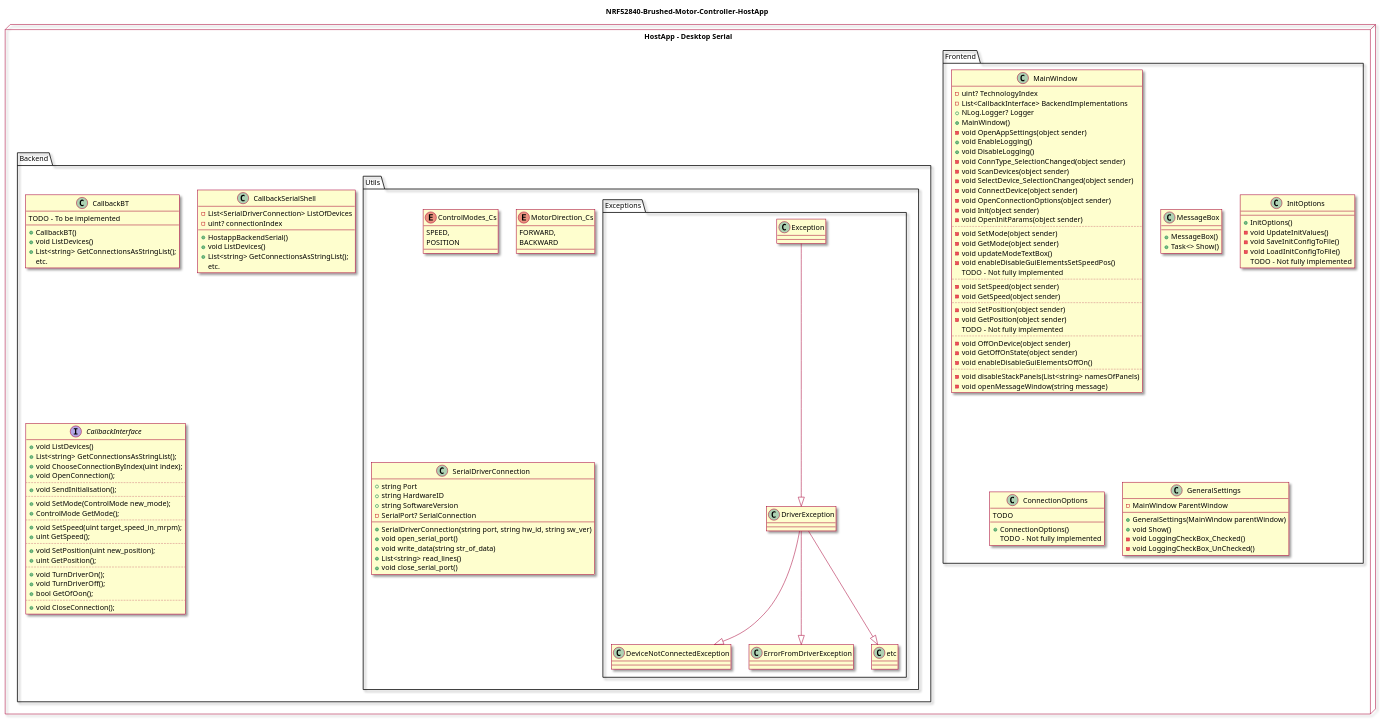
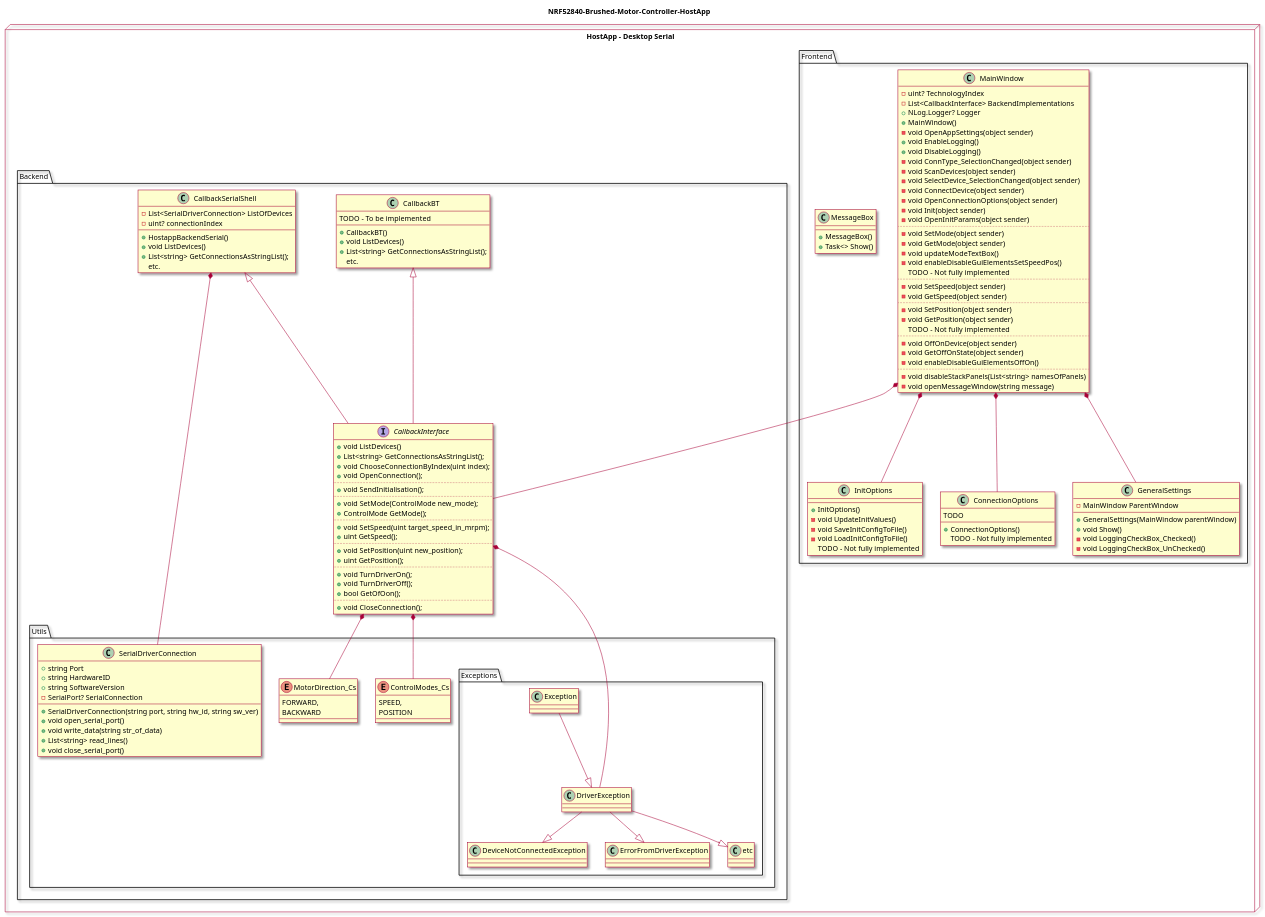
The diagram in docs/architecture.wsd (eSqadron/NRF52840-Brushed-Motor-Controller-HostApp), drawn with PlantUML before and after one commit.

```diff
--- a/docs/architecture.wsd
+++ b/docs/architecture.wsd
@@ -1,164 +1,177 @@
 @startuml Brushed-Motor-Controller-Hostapp
 allow_mixing
 skin rose
 
   title NRF52840-Brushed-Motor-Controller-HostApp
 
   node "HostApp - Desktop Serial" {
-  package Frontend{
+  package Frontend {
     class MainWindow {
       - uint? TechnologyIndex
       - List<CallbackInterface> BackendImplementations
       + NLog.Logger? Logger
       + MainWindow()
       - void OpenAppSettings(object sender)
       + void EnableLogging()
       + void DisableLogging()
       - void ConnType_SelectionChanged(object sender)
       - void ScanDevices(object sender)
       - void SelectDevice_SelectionChanged(object sender)
       - void ConnectDevice(object sender)
       - void OpenConnectionOptions(object sender)
       - void Init(object sender)
       - void OpenInitParams(object sender)
       ..
       - void SetMode(object sender)
       - void GetMode(object sender)
       - void updateModeTextBox()
       - void enableDisableGuiElementsSetSpeedPos()
       {method} TODO - Not fully implemented
       ..
       - void SetSpeed(object sender)
       - void GetSpeed(object sender)
       ..
       - void SetPosition(object sender)
       - void GetPosition(object sender)
       {method} TODO - Not fully implemented
       ..
       - void OffOnDevice(object sender)
       - void GetOffOnState(object sender)
       - void enableDisableGuiElementsOffOn()
       ..
       - void disableStackPanels(List<string> namesOfPanels)
       - void openMessageWindow(string message)
     }
 
     class MessageBox {
       + MessageBox()
       + Task<> Show()
     }
 
     class InitOptions {
       + InitOptions()
       - void UpdateInitValues()
       - void SaveInitConfigToFile()
       - void LoadInitConfigToFile()
       {method} TODO - Not fully implemented
     }
 
     class ConnectionOptions {
       +ConnectionOptions()
       TODO
       {method} TODO - Not fully implemented
     }
 
     class GeneralSettings {
       - MainWindow ParentWindow
       + GeneralSettings(MainWindow parentWindow)
       + void Show()
       - void LoggingCheckBox_Checked()
       - void LoggingCheckBox_UnChecked()
     }
   }
 
   package Backend{
     class CallbackBT {
       TODO - To be implemented
       + CallbackBT()
       + void ListDevices()
       + List<string> GetConnectionsAsStringList();
        {method} etc.
     }
 
     class CallbackSerialShell {
       - List<SerialDriverConnection> ListOfDevices
       - uint? connectionIndex
       + HostappBackendSerial()
       + void ListDevices()
       + List<string> GetConnectionsAsStringList();
        {method} etc.
     }
 
     Interface CallbackInterface {
       + void ListDevices()
       + List<string> GetConnectionsAsStringList();
       + void ChooseConnectionByIndex(uint index);
       + void OpenConnection();
       ..
       + void SendInitialisation();
       ..
       + void SetMode(ControlMode new_mode);
       + ControlMode GetMode();
       ..
       + void SetSpeed(uint target_speed_in_mrpm);
       + uint GetSpeed();
       ..
       + void SetPosition(uint new_position);
       + uint GetPosition();
       ..
       + void TurnDriverOn();
       + void TurnDriverOff();
       + bool GetOfOon();
       ..
       + void CloseConnection();
     }
 
     package Utils{
       Enum ControlModes_Cs {
         SPEED,
         POSITION
       }
 
       Enum MotorDirection_Cs{
         FORWARD,
         BACKWARD
       }
 
       package Exceptions{
         DriverException <|-up- Exception
         class DriverException {
         }
 
         DeviceNotConnectedException <|-up- DriverException
 
         class DeviceNotConnectedException  {
         }
 
         ErrorFromDriverException <|-up- DriverException
 
         class ErrorFromDriverException  {
         }
 
         etc <|-up- DriverException
 
         class etc  {
         }
       }
 
       class SerialDriverConnection{
         + string Port
         + string HardwareID
         + string SoftwareVersion
         - SerialPort? SerialConnection
         + SerialDriverConnection(string port, string hw_id, string sw_ver)
         + void open_serial_port()
         + void write_data(string str_of_data)
         + List<string> read_lines()
         + void close_serial_port()
 
       }
     }
   }
 }
 
+CallbackBT <|-- CallbackInterface
+CallbackSerialShell <|-- CallbackInterface
+CallbackInterface  *--  ControlModes_Cs
+CallbackInterface  *--  MotorDirection_Cs
+CallbackInterface  *--  DriverException
+
+CallbackSerialShell  *--  SerialDriverConnection
+
+MainWindow  *--  CallbackInterface
+MainWindow  *--  GeneralSettings
+MainWindow  *--  InitOptions
+MainWindow  *--  ConnectionOptions
+
 @enduml
```
